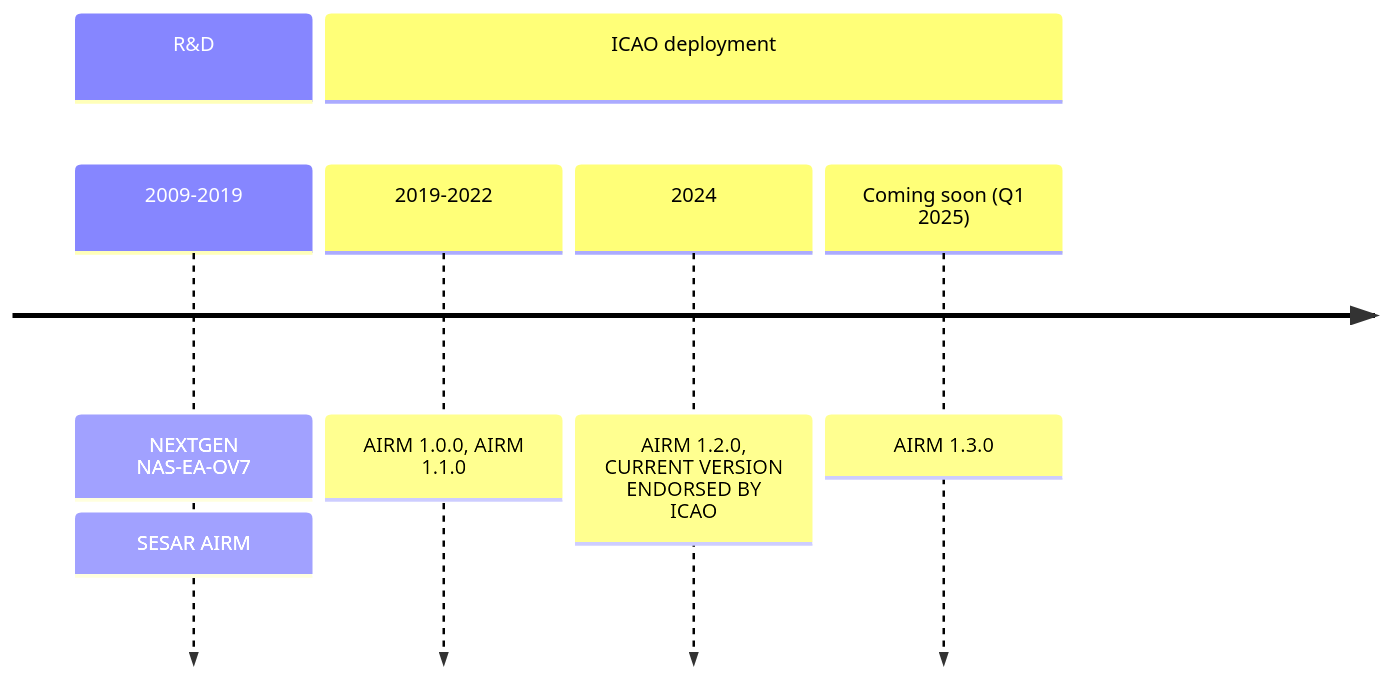
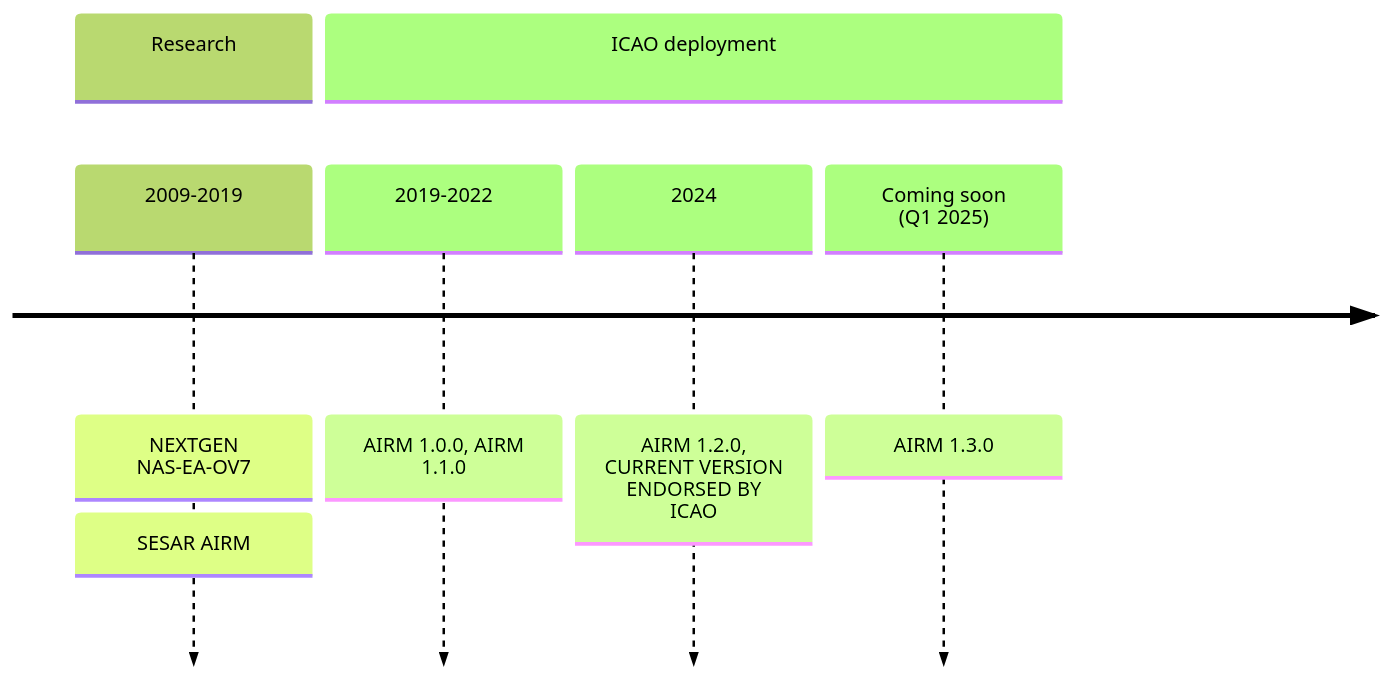
Before and after one commit to airm-ccb/airm-user-manual-1.3.0-testing: the second of 2 diagrams in docs/home.md, drawn with Mermaid.

````diff
--- a/docs/home.md
+++ b/docs/home.md
@@ -63,10 +63,14 @@
 ```mermaid
+---
+config:
+  theme: 'forest'
+---
 timeline
-    section  R&D
+    section Research
       2009-2019 : NEXTGEN NAS-EA-OV7
                 : SESAR AIRM
-    section  ICAO deployment
+    section ICAO deployment
       2019-2022 : AIRM 1.0.0, AIRM 1.1.0
       2024      : AIRM 1.2.0, CURRENT VERSION ENDORSED BY ICAO
-      Coming soon (Q1 2025) : AIRM 1.3.0
+      Coming soon<br>(Q1 2025) : AIRM 1.3.0
 ```
````
